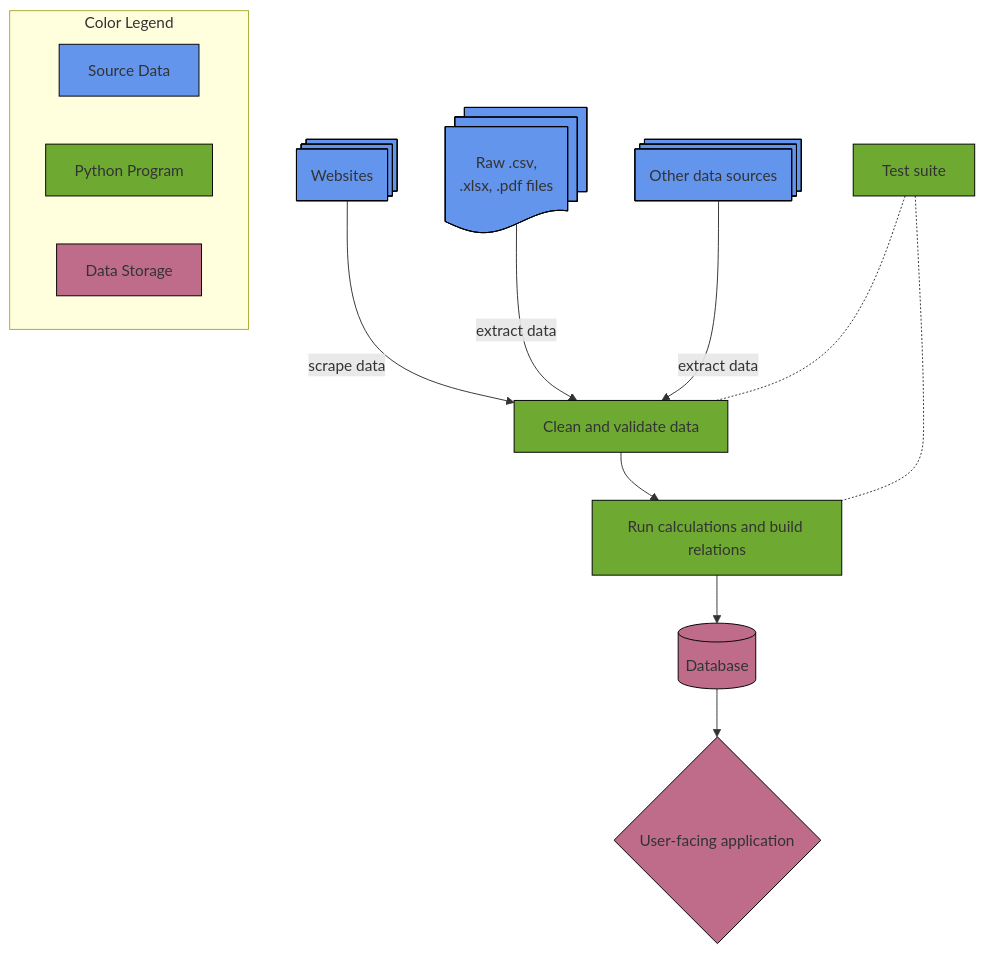
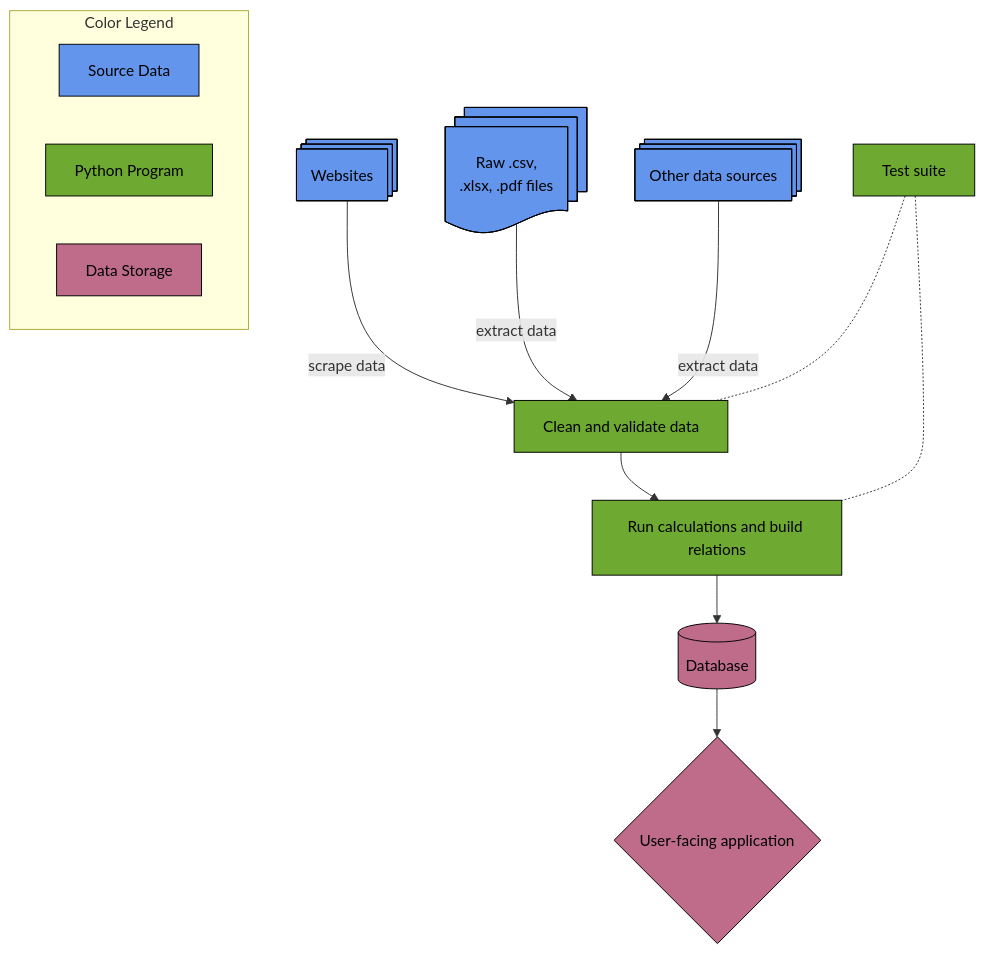
One commit to skvorekn/skvorekn changed the diagram in portfolio/diagrams/ML Pipeline.md. Above: the diagram before and after it, drawn with Mermaid.

Commit message:
style: black text

````diff
--- a/portfolio/diagrams/ML Pipeline.md
+++ b/portfolio/diagrams/ML Pipeline.md
@@ -1,38 +1,26 @@
 ```mermaid
-%%{
-    init: {
-        'theme': 'base',
-        'themeVariables': {
-            'primaryColor': '#000000',
-            'primaryTextColor': '#000000',
-            'primaryBorderColor': '#000000',
-            'lineColor': '#000000',
-        }
-    }
-}%%
-
 graph TD;
     websites@{ shape: processes, label: "Websites"}-- scrape data -->processor[Clean and validate data]
     files@{ shape: docs, label: "Raw .csv, \n.xlsx, .pdf files" }-- extract data -->processor
     source_x@{ shape: processes, label: "Other data sources"}-- extract data -->processor
     processor-->calculator[Run calculations and build relations]
     tester[Test suite]-.-processor
     tester-.-calculator
     calculator-->database[(Database)]-->app{User-facing application}
 
 
    subgraph legend [Color Legend]
        sourceLegend[Source Data]
        programLegend[Python Program]
        useLegend[Data Storage]
    end
 
-   classDef sourceData fill:#6495ED,stroke:#000000;
+   classDef sourceData fill:#6495ED,stroke:#000000,color:#000000;
    class sourceLegend,websites,files,source_x sourceData;
 
-   classDef program fill:#6EAA32,stroke:#000000;
+   classDef program fill:#6EAA32,stroke:#000000,color:#000000;
    class programLegend,processor,calculator,tester program;
 
-   classDef use fill:#BF6C8A,stroke:#000000;
+   classDef use fill:#BF6C8A,stroke:#000000,color:#000000;
    class useLegend,database,app use;
 ```
````
